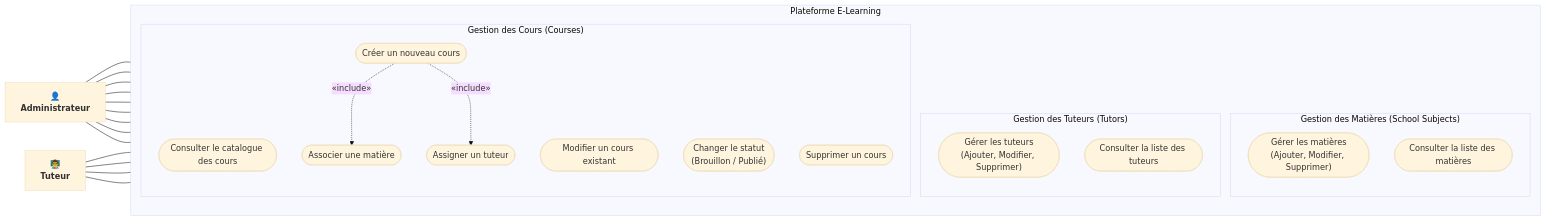
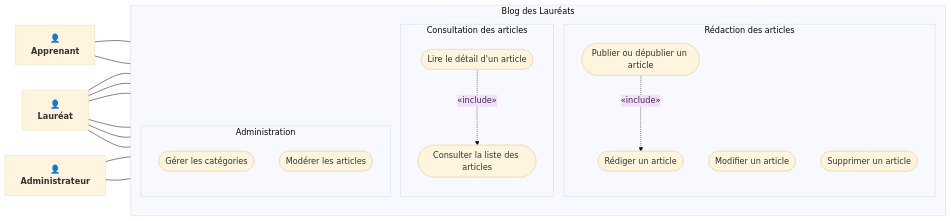
One commit to Marwan-Bouhamid/blog-des-laureats changed the diagram in rapport/assets/diagramddeclass.mmd. Above: the diagram before and after it, drawn with Mermaid (base theme). The commit also changed 48 other files, not shown here.

```diff
--- a/rapport/assets/diagramddeclass.mmd
+++ b/rapport/assets/diagramddeclass.mmd
@@ -1,54 +1,47 @@
 flowchart LR
-    %% Acteurs représentés avec des pictogrammes compatibles
+    %% Acteurs du Blog des Lauréats
+    Apprenant["👤<br/><b>Apprenant</b>"]
+    Laureat["👤<br/><b>Lauréat</b>"]
     Admin["👤<br/><b>Administrateur</b>"]
-    Tutor["👨‍🏫<br/><b>Tuteur</b>"]
 
     %% Système
-    subgraph System ["Plateforme E-Learning"]
+    subgraph System ["Blog des Lauréats"]
         direction TB
 
-        %% Gestion des Matières
-        subgraph Subjects ["Gestion des Matières (School Subjects)"]
-            UC_Sub_Manage(["Gérer les matières<br/>(Ajouter, Modifier, Supprimer)"])
-            UC_Sub_List(["Consulter la liste des matières"])
+        subgraph Consultation ["Consultation des articles"]
+            UC_Liste(["Consulter la liste des articles"])
+            UC_Detail(["Lire le détail d'un article"])
         end
 
-        %% Gestion des Tuteurs
-        subgraph Tutors ["Gestion des Tuteurs (Tutors)"]
-            UC_Tut_Manage(["Gérer les tuteurs<br/>(Ajouter, Modifier, Supprimer)"])
-            UC_Tut_List(["Consulter la liste des tuteurs"])
+        subgraph Redaction ["Rédaction des articles"]
+            UC_Rediger(["Rédiger un article"])
+            UC_Publier(["Publier ou dépublier un article"])
+            UC_Modifier(["Modifier un article"])
+            UC_Supprimer(["Supprimer un article"])
         end
 
-        %% Gestion des Cours
-        subgraph Courses ["Gestion des Cours (Courses)"]
-            UC_Crs_List(["Consulter le catalogue des cours"])
-            UC_Crs_Create(["Créer un nouveau cours"])
-            UC_Crs_Edit(["Modifier un cours existant"])
-            UC_Crs_Status(["Changer le statut<br/>(Brouillon / Publié)"])
-            UC_Crs_Delete(["Supprimer un cours"])
-
-            UC_Assign_Sub(["Associer une matière"])
-            UC_Assign_Tut(["Assigner un tuteur"])
+        subgraph Administration ["Administration"]
+            UC_Categories(["Gérer les catégories"])
+            UC_Moderer(["Modérer les articles"])
         end
     end
 
+    %% Connexions Apprenant
+    Apprenant --- UC_Liste
+    Apprenant --- UC_Detail
+
+    %% Connexions Lauréat
+    Laureat --- UC_Liste
+    Laureat --- UC_Detail
+    Laureat --- UC_Rediger
+    Laureat --- UC_Publier
+    Laureat --- UC_Modifier
+    Laureat --- UC_Supprimer
+
     %% Connexions Administrateur
-    Admin --- UC_Sub_Manage
-    Admin --- UC_Sub_List
-    Admin --- UC_Tut_Manage
-    Admin --- UC_Tut_List
-    Admin --- UC_Crs_Create
-    Admin --- UC_Crs_Edit
-    Admin --- UC_Crs_Status
-    Admin --- UC_Crs_Delete
-    Admin --- UC_Crs_List
-
-    %% Connexions Tuteur
-    Tutor --- UC_Crs_List
-    Tutor --- UC_Crs_Create
-    Tutor --- UC_Crs_Edit
-    Tutor --- UC_Crs_Status
+    Admin --- UC_Categories
+    Admin --- UC_Moderer
 
     %% Relations d'inclusion (include)
-    UC_Crs_Create -.->|«include»| UC_Assign_Sub
-    UC_Crs_Create -.->|«include»| UC_Assign_Tut
+    UC_Detail -.->|«include»| UC_Liste
+    UC_Publier -.->|«include»| UC_Rediger
```
